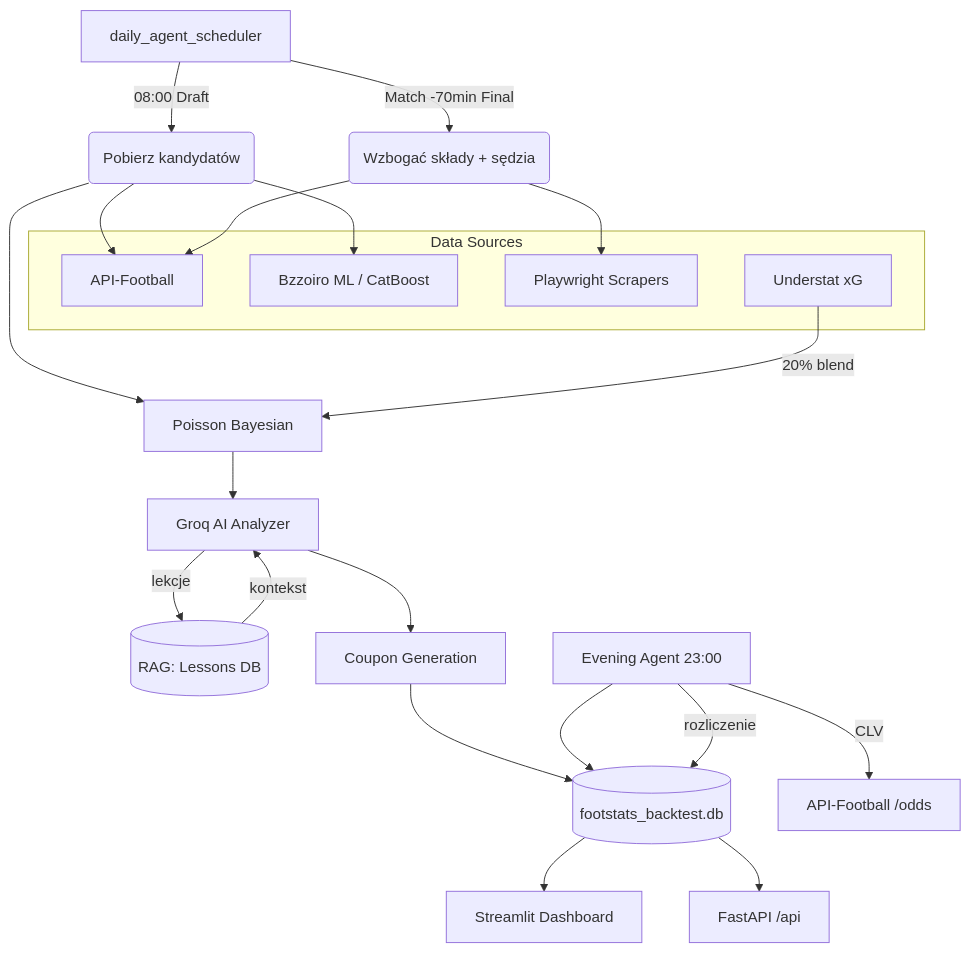
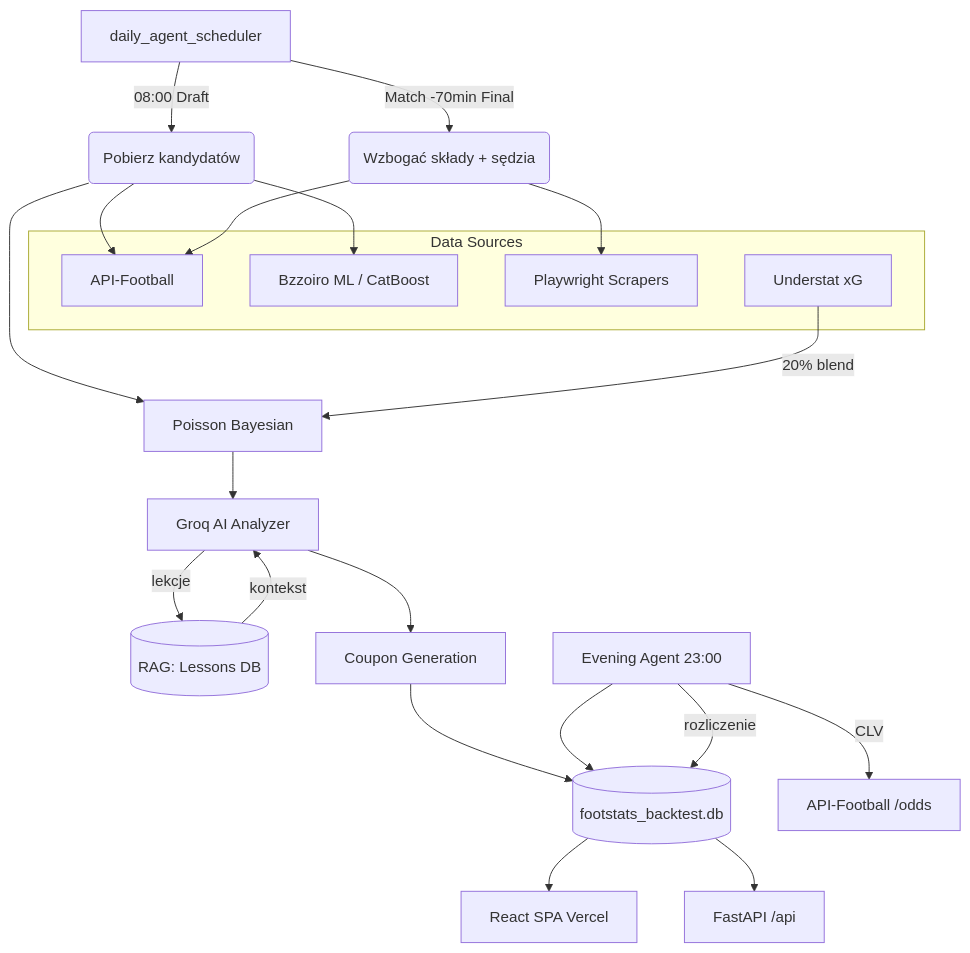
Before and after one commit to Gwiazdka09/Footstats: the diagram in README.md, drawn with Mermaid. The commit also changed other lines of this file and 1 other file, not shown here.

Commit message:
docs: aktualizacja STATUS + README (1037 testow, React/Vercel/Neon, telegram fix, audyt A1-A3)

````diff
--- a/README.md
+++ b/README.md
@@ -32,31 +32,31 @@
 ```mermaid
 graph TD
     A[daily_agent_scheduler] -->|08:00 Draft| B(Pobierz kandydatów)
     A -->|Match -70min Final| C(Wzbogać składy + sędzia)
 
     subgraph "Data Sources"
         D[API-Football]
         E[Bzzoiro ML / CatBoost]
         F[Playwright Scrapers]
         G[Understat xG]
     end
 
     B --> D & E
     C --> F & D
 
     B --> H[Poisson Bayesian]
     G -->|20% blend| H
     H --> I[Groq AI Analyzer]
 
     I -->|lekcje| J[(RAG: Lessons DB)]
     J -->|kontekst| I
     I --> K[Coupon Generation]
 
     K --> L[(footstats_backtest.db)]
-    L --> M[Streamlit Dashboard]
+    L --> M[React SPA Vercel]
     L --> N[FastAPI /api]
 
     O[Evening Agent 23:00] --> L
     O -->|CLV| P[API-Football /odds]
     O -->|rozliczenie| L
 ```
````
